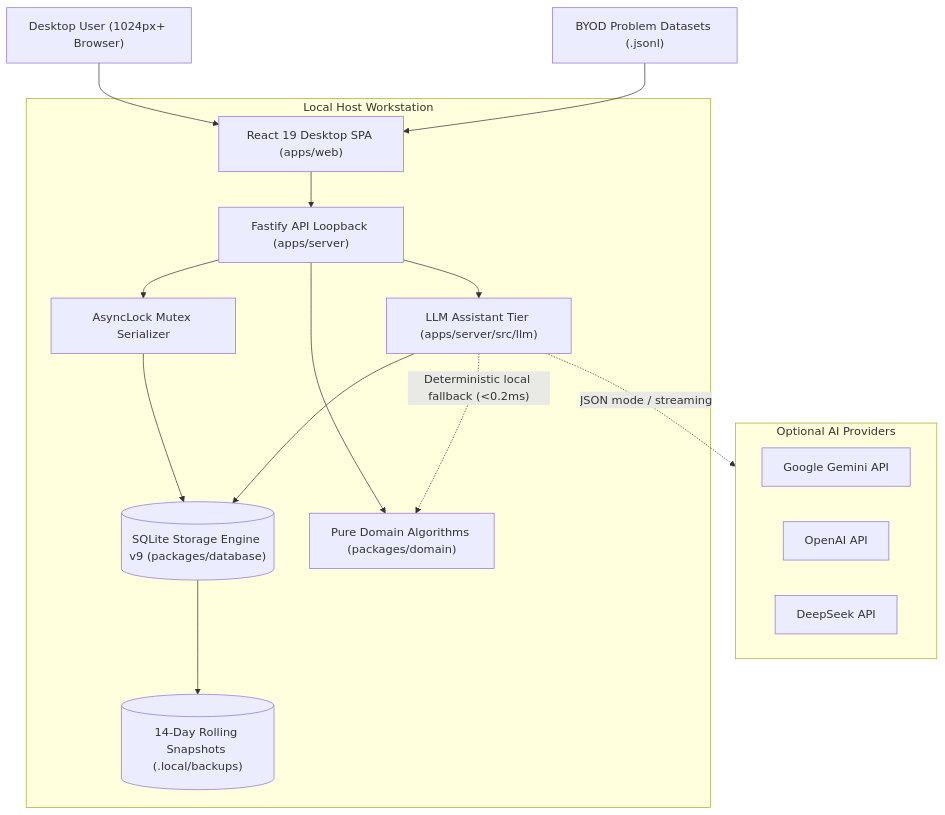
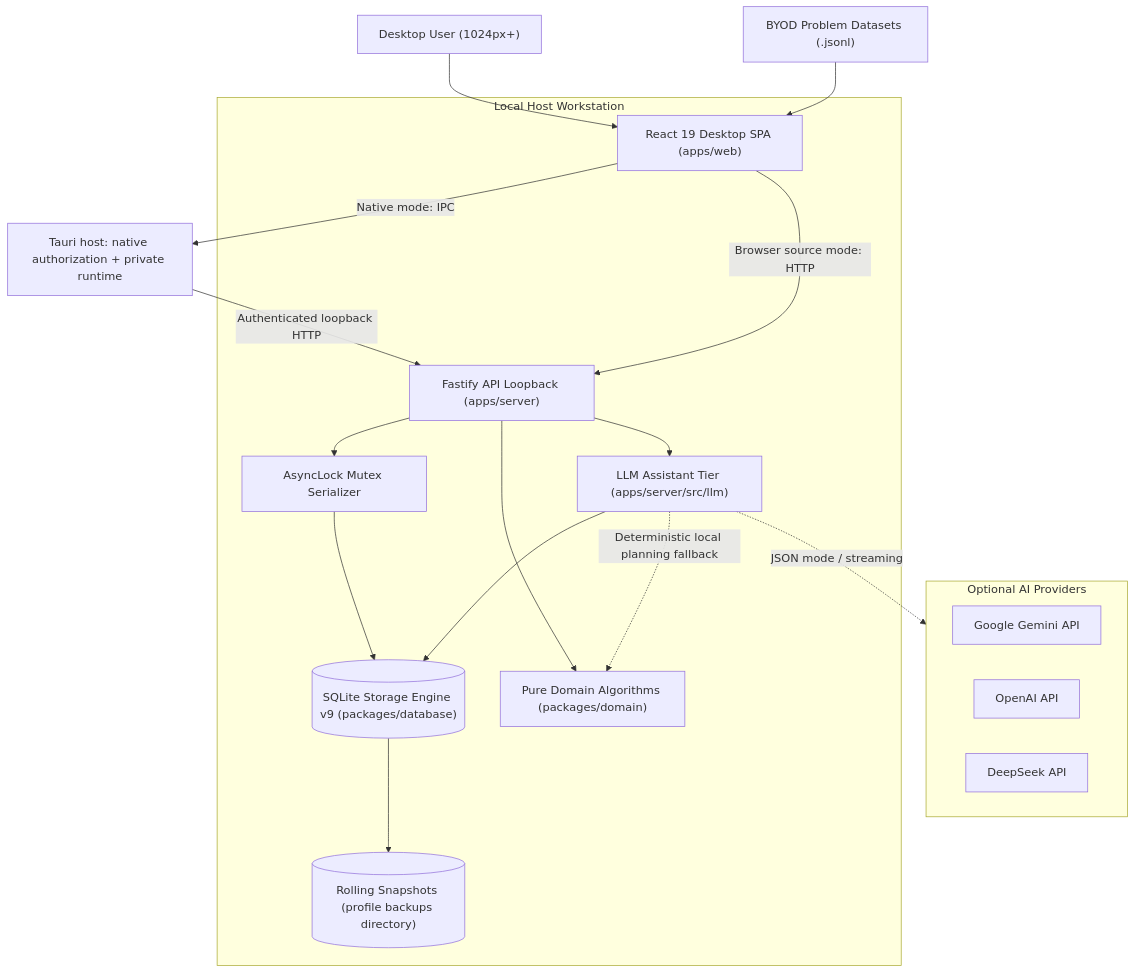
Before and after one commit to Yide-Milo-Li/LeetCode-Tracker: the diagram in docs/architecture.md, drawn with Mermaid. The commit also changed other lines of this file and 66 other files, not shown here.

````diff
--- a/docs/architecture.md
+++ b/docs/architecture.md
@@ -9,33 +9,36 @@
 ```mermaid
 flowchart TD
-    User["Desktop User (1024px+ Browser)"]
+    User["Desktop User (1024px+)"]
+    Tauri["Tauri host: native authorization + private runtime"]
     JSONL["BYOD Problem Datasets (.jsonl)"]
 
     subgraph Host ["Local Host Workstation"]
         Web["React 19 Desktop SPA (apps/web)"]
         Server["Fastify API Loopback (apps/server)"]
         AsyncLock["AsyncLock Mutex Serializer"]
         Domain["Pure Domain Algorithms (packages/domain)"]
         DB[("SQLite Storage Engine v9 (packages/database)")]
-        Backups[("14-Day Rolling Snapshots (.local/backups)")]
+        Backups[("Rolling Snapshots (profile backups directory)")]
         LLMAssistant["LLM Assistant Tier (apps/server/src/llm)"]
     end
 
     subgraph Providers ["Optional AI Providers"]
         Gemini["Google Gemini API"]
         OpenAI["OpenAI API"]
         DeepSeek["DeepSeek API"]
     end
 
     User --> Web
     JSONL --> Web
-    Web --> Server
+    Web -->|"Native mode: IPC"| Tauri
+    Tauri -->|"Authenticated loopback HTTP"| Server
+    Web -->|"Browser source mode: HTTP"| Server
     Server --> AsyncLock
     Server --> Domain
     Server --> LLMAssistant
     AsyncLock --> DB
     DB --> Backups
     LLMAssistant --> DB
     LLMAssistant -.->|"JSON mode / streaming"| Providers
-    LLMAssistant -.->|"Deterministic local fallback (<0.2ms)"| Domain
+    LLMAssistant -.->|"Deterministic local planning fallback"| Domain
 ```
````
